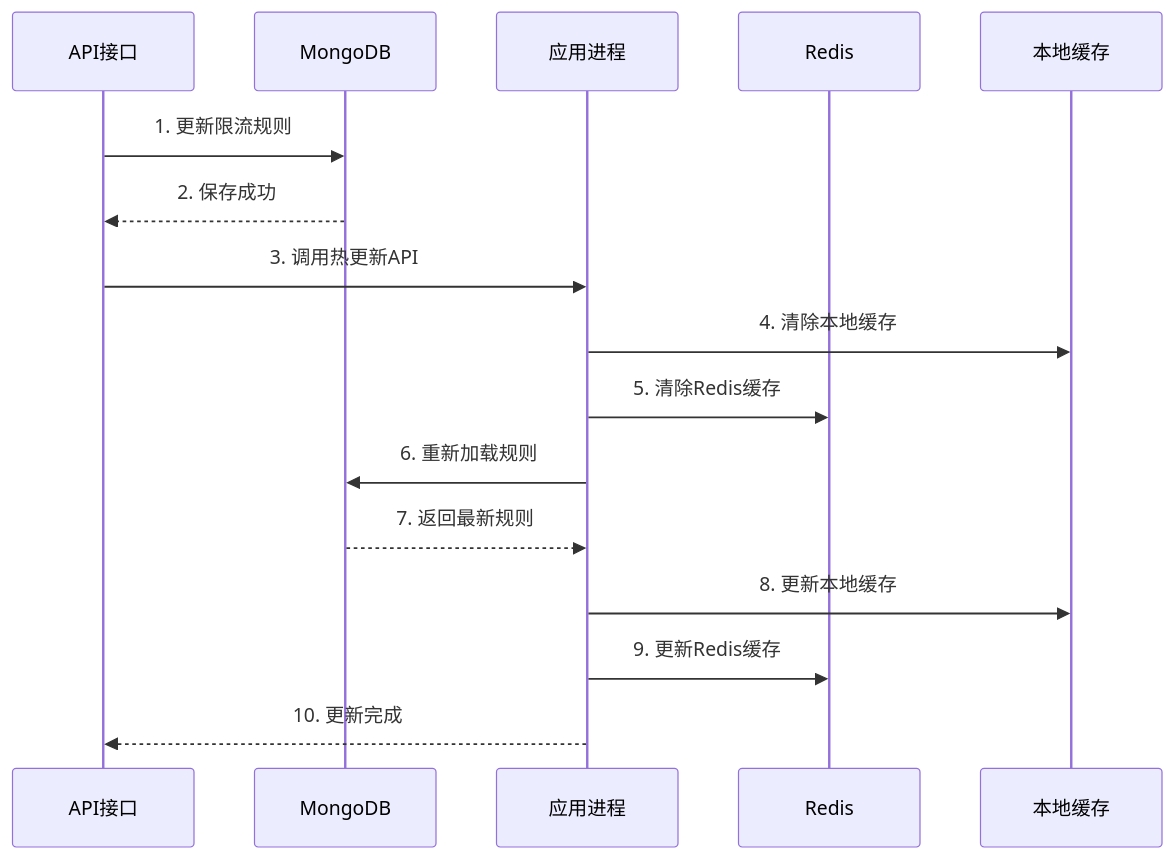
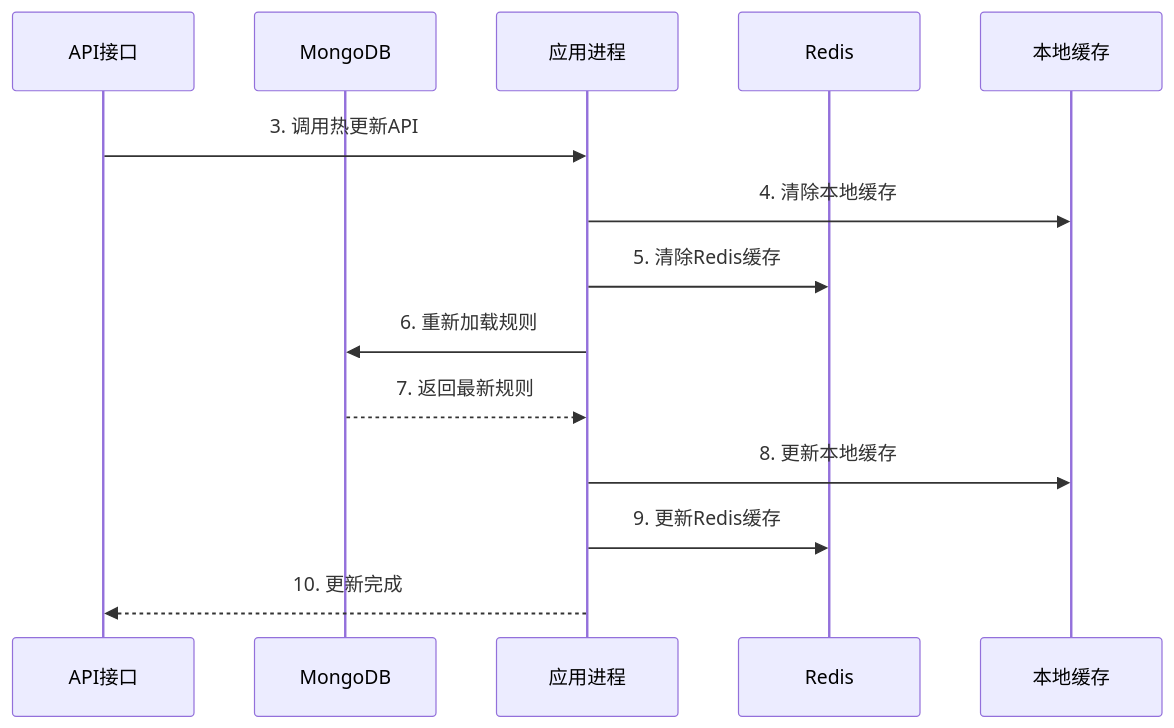
One commit to yingjianzh/iodraw-files changed the diagram in all/未命名-2.md. Above: the diagram before and after it, drawn with Mermaid.

Commit message:
2025-10-13 17:03:56 update

````diff
--- a/all/未命名-2.md
+++ b/all/未命名-2.md
@@ -1,24 +1,22 @@
 ```mermaid
 
 sequenceDiagram
    
     participant API as API接口
     participant Mongo as MongoDB
     participant App as 应用进程
     participant Redis as Redis
     participant Cache as 本地缓存
     
-    API->>Mongo: 1. 更新限流规则
-    Mongo-->>API: 2. 保存成功
     
     API->>App: 3. 调用热更新API
     App->>Cache: 4. 清除本地缓存
     App->>Redis: 5. 清除Redis缓存
     App->>Mongo: 6. 重新加载规则
     Mongo-->>App: 7. 返回最新规则
     
     App->>Cache: 8. 更新本地缓存
     App->>Redis: 9. 更新Redis缓存
     App-->>API: 10. 更新完成
 
 ```
````
